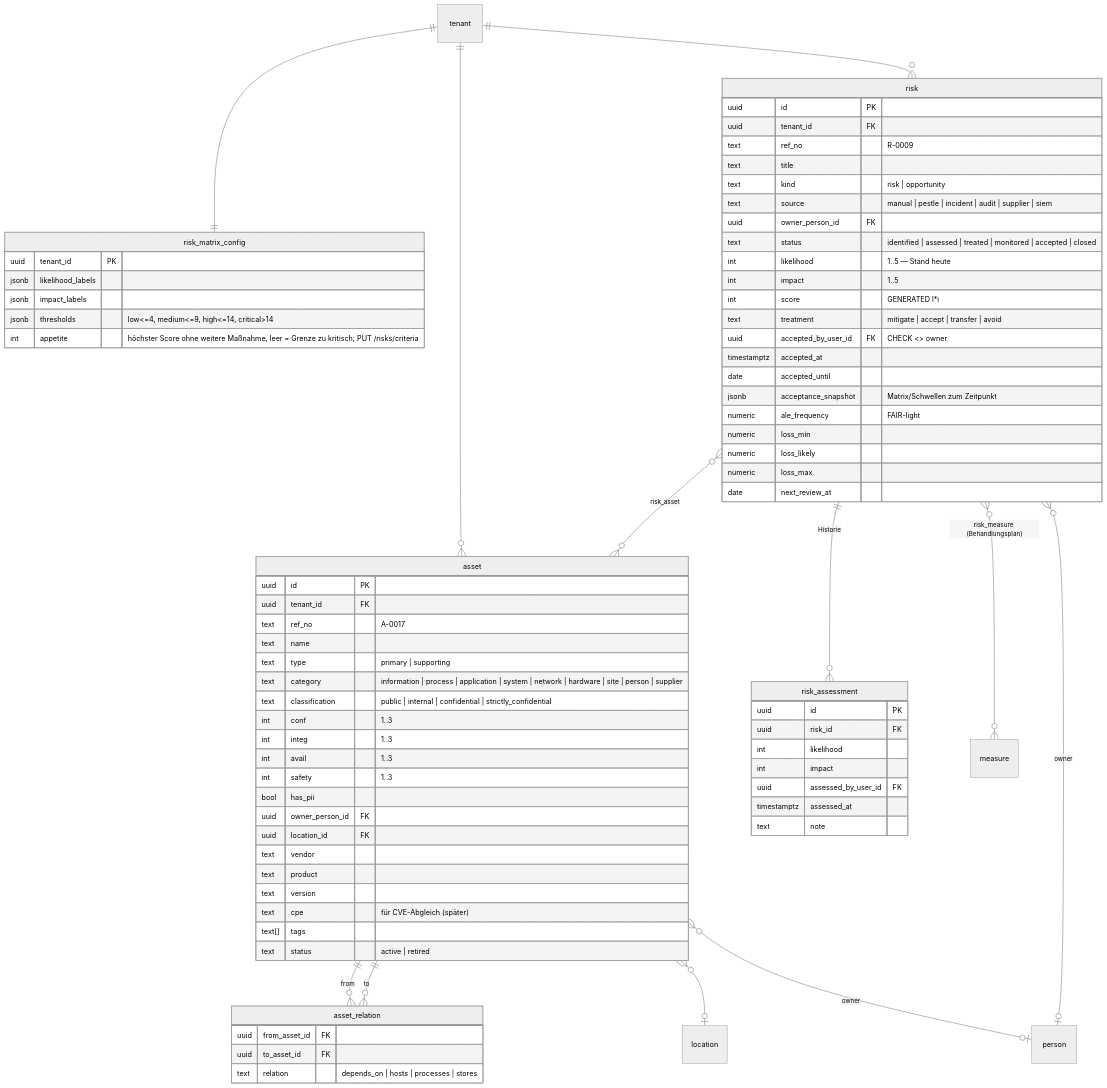
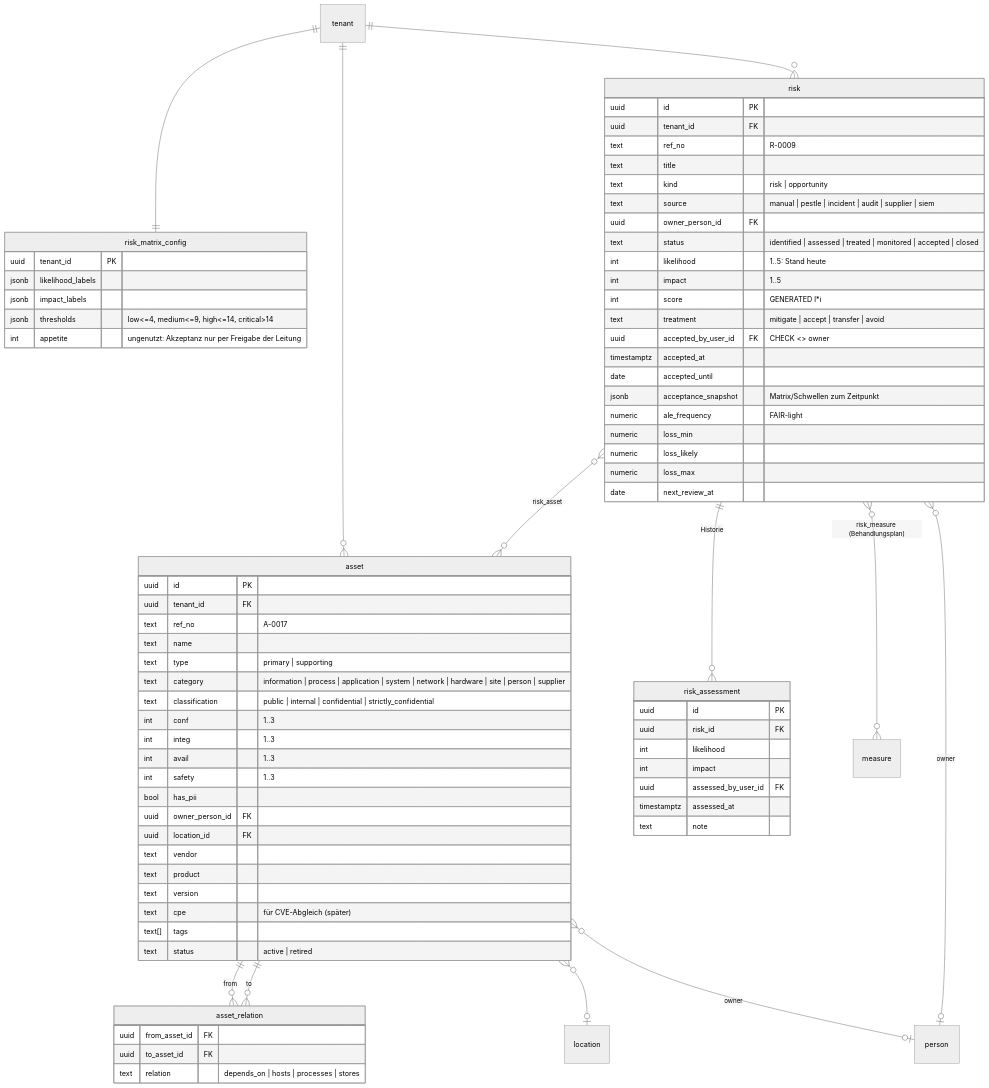
Before and after one commit to Kico-bot/ISMS_SaaS: the fifth of 10 diagrams in docs/architecture/01-datenmodell.md, drawn with Mermaid (neutral theme). The commit also changed other lines of this file and 30 other files, not shown here.

````diff
--- a/docs/architecture/01-datenmodell.md
+++ b/docs/architecture/01-datenmodell.md
@@ -385,81 +385,81 @@
 ```mermaid
 erDiagram
   tenant ||--o{ asset : ""
   asset ||--o{ asset_relation : "from"
   asset ||--o{ asset_relation : "to"
   asset }o--o| location : ""
   asset }o--o| person : "owner"
   tenant ||--|| risk_matrix_config : ""
   tenant ||--o{ risk : ""
   risk }o--o{ asset : "risk_asset"
   risk ||--o{ risk_assessment : "Historie"
   risk }o--o{ measure : "risk_measure (Behandlungsplan)"
   risk }o--o| person : "owner"
 
   asset {
     uuid id PK
     uuid tenant_id FK
     text ref_no "A-0017"
     text name
     text type "primary | supporting"
     text category "information | process | application | system | network | hardware | site | person | supplier"
     text classification "public | internal | confidential | strictly_confidential"
     int conf "1..3"
     int integ "1..3"
     int avail "1..3"
     int safety "1..3"
     bool has_pii
     uuid owner_person_id FK
     uuid location_id FK
     text vendor
     text product
     text version
     text cpe "für CVE-Abgleich (später)"
     text[] tags
     text status "active | retired"
   }
   asset_relation {
     uuid from_asset_id FK
     uuid to_asset_id FK
     text relation "depends_on | hosts | processes | stores"
   }
   risk_matrix_config {
     uuid tenant_id PK
     jsonb likelihood_labels
     jsonb impact_labels
     jsonb thresholds "low<=4, medium<=9, high<=14, critical>14"
-    int appetite "höchster Score ohne weitere Maßnahme, leer = Grenze zu kritisch; PUT /risks/criteria"
+    int appetite "ungenutzt: Akzeptanz nur per Freigabe der Leitung"
   }
   risk {
     uuid id PK
     uuid tenant_id FK
     text ref_no "R-0009"
     text title
     text kind "risk | opportunity"
     text source "manual | pestle | incident | audit | supplier | siem"
     uuid owner_person_id FK
     text status "identified | assessed | treated | monitored | accepted | closed"
-    int likelihood "1..5 — Stand heute"
+    int likelihood "1..5: Stand heute"
     int impact "1..5"
     int score "GENERATED l*i"
     text treatment "mitigate | accept | transfer | avoid"
     uuid accepted_by_user_id FK "CHECK <> owner"
     timestamptz accepted_at
     date accepted_until
     jsonb acceptance_snapshot "Matrix/Schwellen zum Zeitpunkt"
     numeric ale_frequency "FAIR-light"
     numeric loss_min
     numeric loss_likely
     numeric loss_max
     date next_review_at
   }
   risk_assessment {
     uuid id PK
     uuid risk_id FK
     int likelihood
     int impact
     uuid assessed_by_user_id FK
     timestamptz assessed_at
     text note
   }
 ```
````
